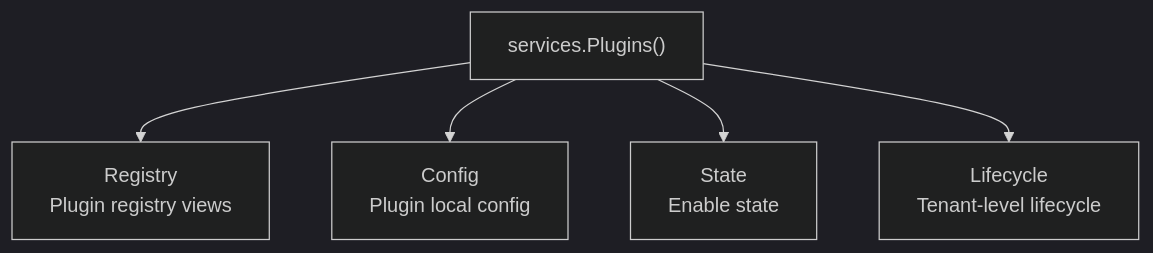
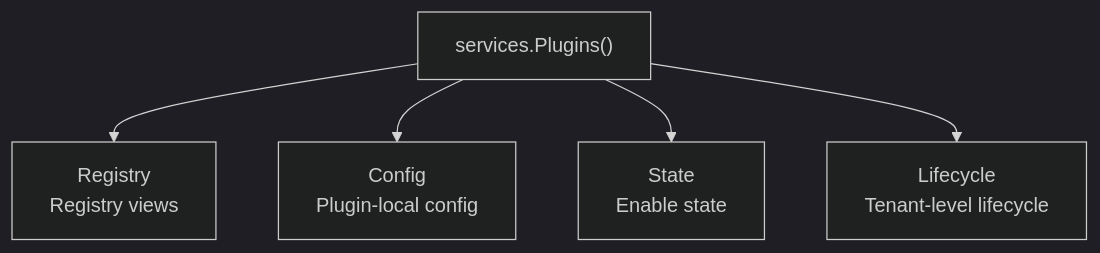
The first of 3 diagrams in apps/lina-site/i18n/en/docusaurus-plugin-content-docs/current/docs/3000-domain-capabilities/8100-plugins.md (linaproai/linapro-site), drawn with Mermaid (dark theme) before and after one commit. The commit also changed other lines of this file and 56 other files, not shown here.

Commit message:
Refactor documentation for tenant and user capabilities; enhance clarity and consistency in descriptions, method names, and usage examples. Update overview and architecture sections for improved readability and coherence. Adjust demo instructions and project positioning for better user guidance.

````diff
--- a/apps/lina-site/i18n/en/docusaurus-plugin-content-docs/current/docs/3000-domain-capabilities/8100-plugins.md
+++ b/apps/lina-site/i18n/en/docusaurus-plugin-content-docs/current/docs/3000-domain-capabilities/8100-plugins.md
@@ -43,7 +46,7 @@
 ```mermaid
 graph TB
-    Plugins["services.Plugins()"] --> Registry["Registry<br/>Plugin registry views"]
-    Plugins --> Config["Config<br/>Plugin local config"]
+    Plugins["services.Plugins()"] --> Registry["Registry<br/>Registry views"]
+    Plugins --> Config["Config<br/>Plugin-local config"]
     Plugins --> State["State<br/>Enable state"]
     Plugins --> Lifecycle["Lifecycle<br/>Tenant-level lifecycle"]
 ```
````
